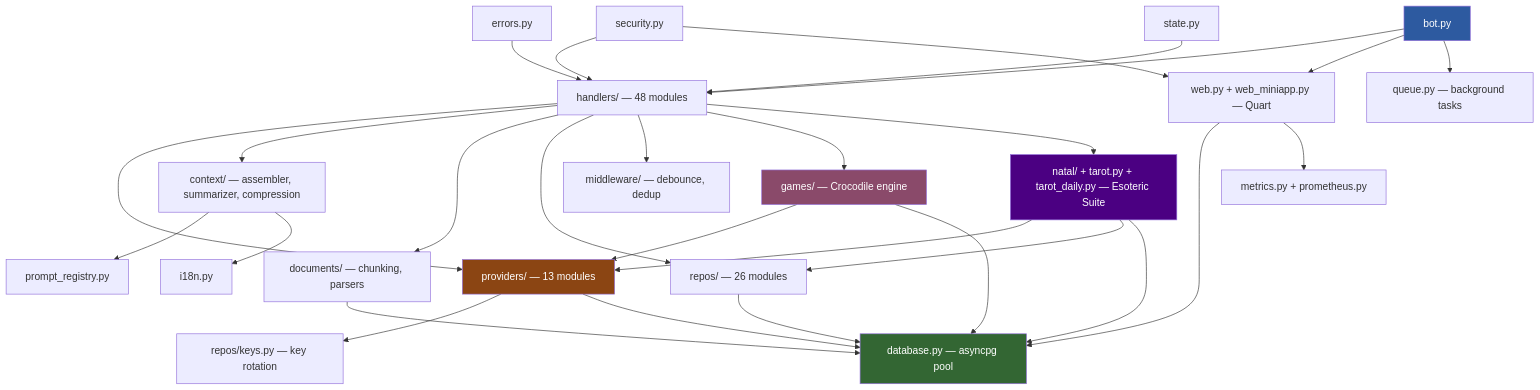
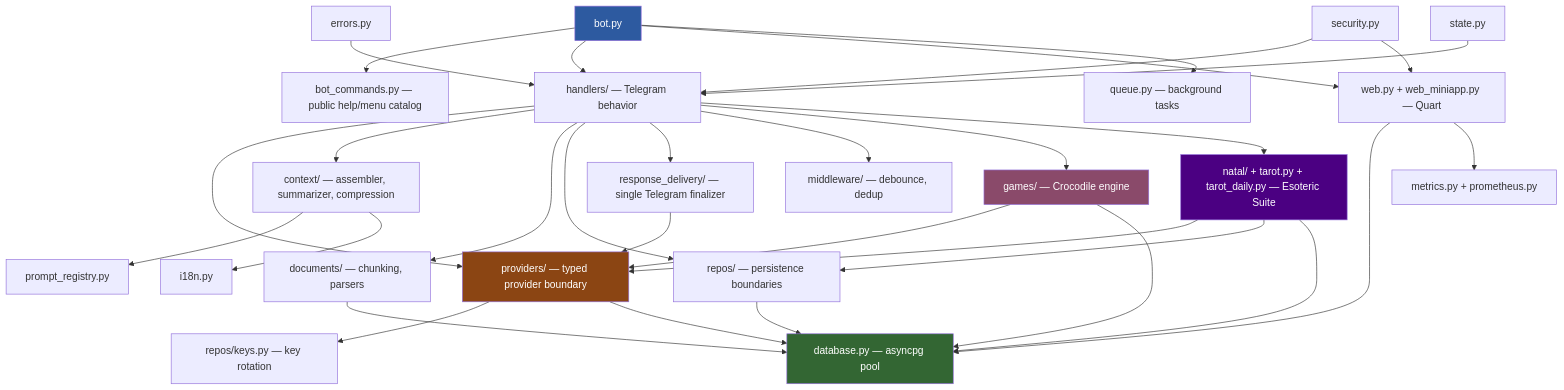
The diagram in docs/ARCHITECTURE.md (Le-Who/Bobby-Botique), drawn with Mermaid before and after one commit. The commit also changed other lines of this file and 4 other files, not shown here.

Commit message:
docs: align guides with hardened architecture

````diff
--- a/docs/ARCHITECTURE.md
+++ b/docs/ARCHITECTURE.md
@@ -380,41 +408,44 @@
 ```mermaid
 graph TD
-    BOT[bot.py] --> HANDLERS["handlers/ — 48 modules"]
+    BOT[bot.py] --> COMMANDS["bot_commands.py — public help/menu catalog"]
+    BOT --> HANDLERS["handlers/ — Telegram behavior"]
     BOT --> WEB["web.py + web_miniapp.py — Quart"]
     BOT --> QUEUE[queue.py — background tasks]
 
-    HANDLERS --> PROVIDERS["providers/ — 13 modules"]
+    HANDLERS --> PROVIDERS["providers/ — typed provider boundary"]
     HANDLERS --> CTX["context/ — assembler, summarizer, compression"]
     HANDLERS --> DOCS[documents/ — chunking, parsers]
-    HANDLERS --> REPOS["repos/ — 26 modules"]
+    HANDLERS --> REPOS["repos/ — persistence boundaries"]
+    HANDLERS --> DELIVERY["response_delivery/ — single Telegram finalizer"]
     HANDLERS --> MIDDLEWARE["middleware/ — debounce, dedup"]
     HANDLERS --> GAMES["games/ — Crocodile engine"]
     HANDLERS --> ESOTERIC["natal/ + tarot.py + tarot_daily.py — Esoteric Suite"]
 
     PROVIDERS --> KEYS[repos/keys.py — key rotation]
     PROVIDERS --> DB[database.py — asyncpg pool]
+    DELIVERY --> PROVIDERS
 
     CTX --> PROMPTS[prompt_registry.py]
     CTX --> I18N[i18n.py]
     DOCS --> DB
     REPOS --> DB
     GAMES --> PROVIDERS
     GAMES --> DB
     ESOTERIC --> PROVIDERS
     ESOTERIC --> REPOS
     ESOTERIC --> DB
 
     WEB --> DB
     WEB --> METRICS[metrics.py + prometheus.py]
 
     SECURITY[security.py] --> HANDLERS
     SECURITY --> WEB
     ERRORS[errors.py] --> HANDLERS
     STATE[state.py] --> HANDLERS
 
     style BOT fill:#2d5aa0,color:#fff
     style DB fill:#336633,color:#fff
     style PROVIDERS fill:#8b4513,color:#fff
     style GAMES fill:#8a4a6a,color:#fff
     style ESOTERIC fill:#4b0082,color:#fff
 ```
````
